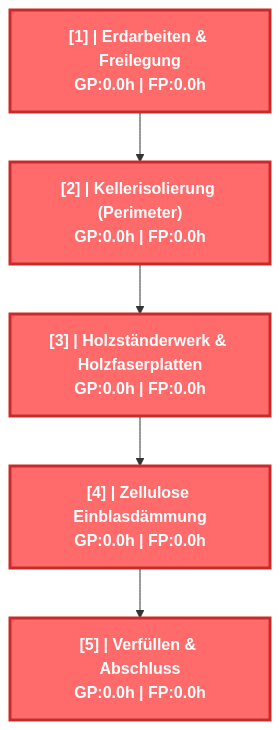
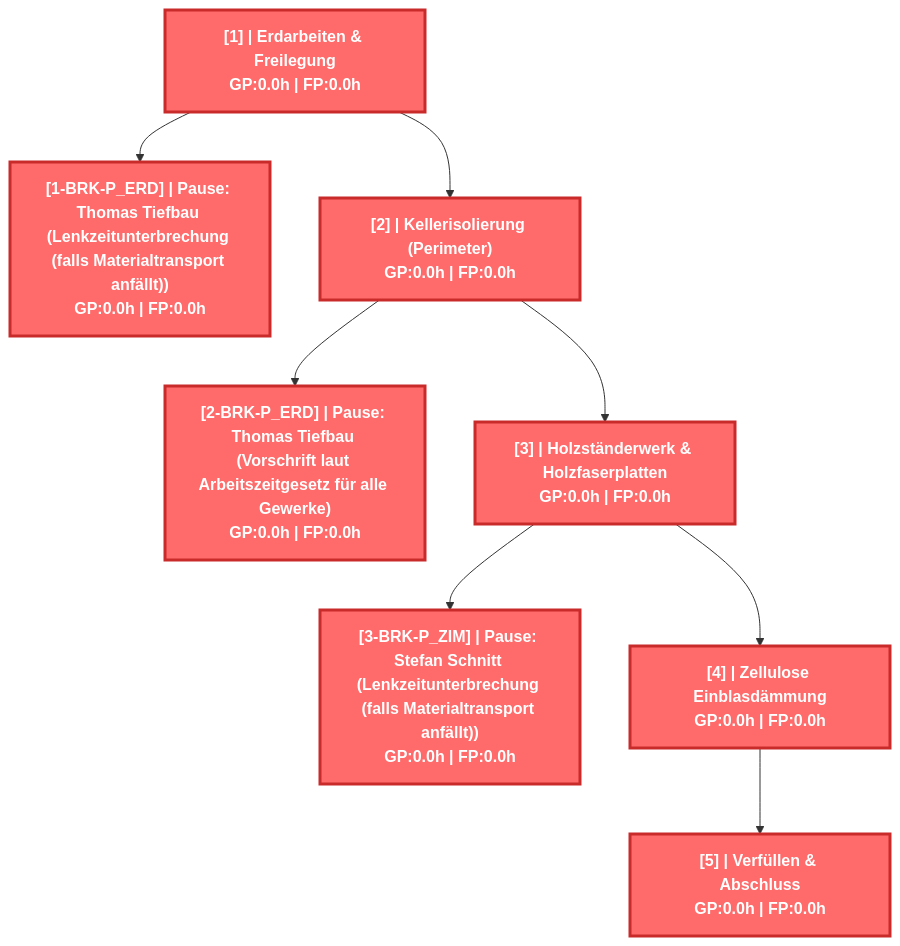
The first of 9 diagrams in tests/golden/fassadenbau.md (mistamichael/sproject), drawn with Mermaid before and after one commit. The commit also changed other lines of this file and 23 other files, not shown here.

````diff
--- a/tests/golden/fassadenbau.md
+++ b/tests/golden/fassadenbau.md
@@ -32,17 +35,23 @@
 ```mermaid
 graph TD
 
     N1["<b>[1] | Erdarbeiten & Freilegung<br/>GP:0.0h | FP:0.0h</b>"]:::critical
+    N1-BRK-P_ERD["<b>[1-BRK-P_ERD] | Pause: Thomas Tiefbau (Lenkzeitunterbrechung (falls Materialtransport anfällt))<br/>GP:0.0h | FP:0.0h</b>"]:::critical
     N2["<b>[2] | Kellerisolierung (Perimeter)<br/>GP:0.0h | FP:0.0h</b>"]:::critical
+    N2-BRK-P_ERD["<b>[2-BRK-P_ERD] | Pause: Thomas Tiefbau (Vorschrift laut Arbeitszeitgesetz für alle Gewerke)<br/>GP:0.0h | FP:0.0h</b>"]:::critical
     N3["<b>[3] | Holzständerwerk & Holzfaserplatten<br/>GP:0.0h | FP:0.0h</b>"]:::critical
+    N3-BRK-P_ZIM["<b>[3-BRK-P_ZIM] | Pause: Stefan Schnitt (Lenkzeitunterbrechung (falls Materialtransport anfällt))<br/>GP:0.0h | FP:0.0h</b>"]:::critical
     N4["<b>[4] | Zellulose Einblasdämmung<br/>GP:0.0h | FP:0.0h</b>"]:::critical
     N5["<b>[5] | Verfüllen & Abschluss<br/>GP:0.0h | FP:0.0h</b>"]:::critical
 
     N1 --> N2
+    N1 --> N1-BRK-P_ERD
     N2 --> N3
+    N2 --> N2-BRK-P_ERD
     N3 --> N4
+    N3 --> N3-BRK-P_ZIM
     N4 --> N5
 
     classDef critical fill:#ff6b6b,stroke:#c92a2a,color:#fff,stroke-width:3px
     classDef normal   fill:#4472c4,stroke:#2f5496,color:#fff
 ```
````
